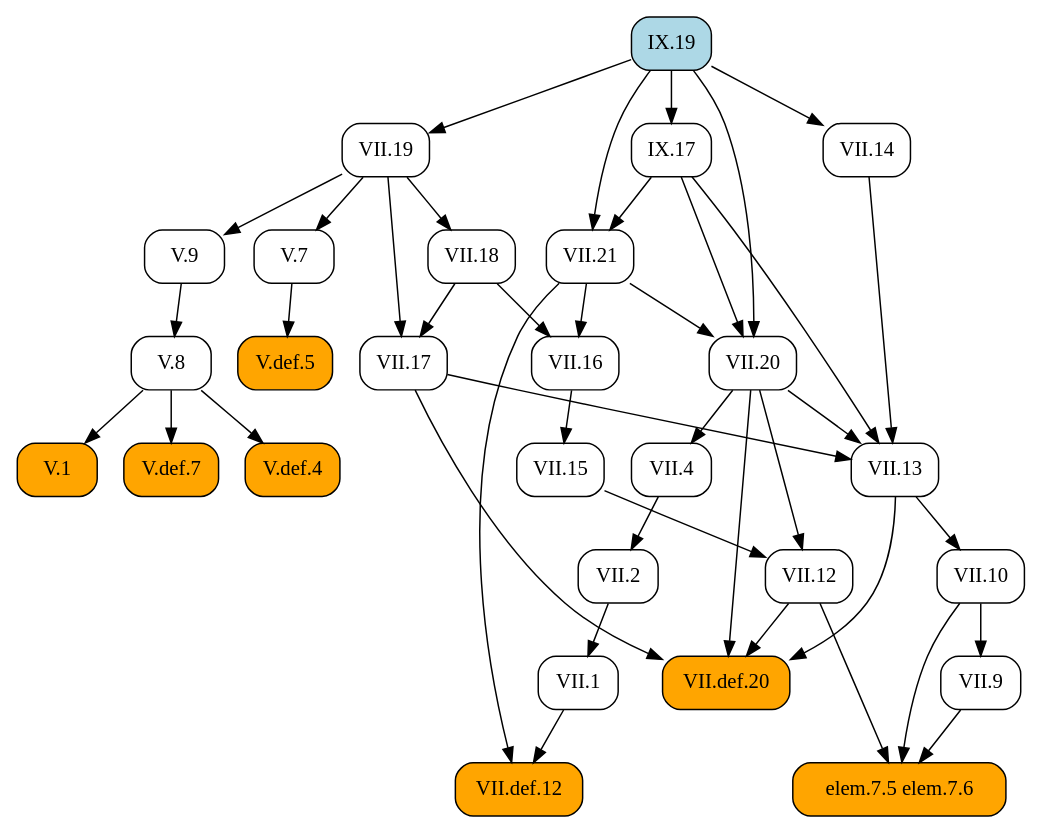
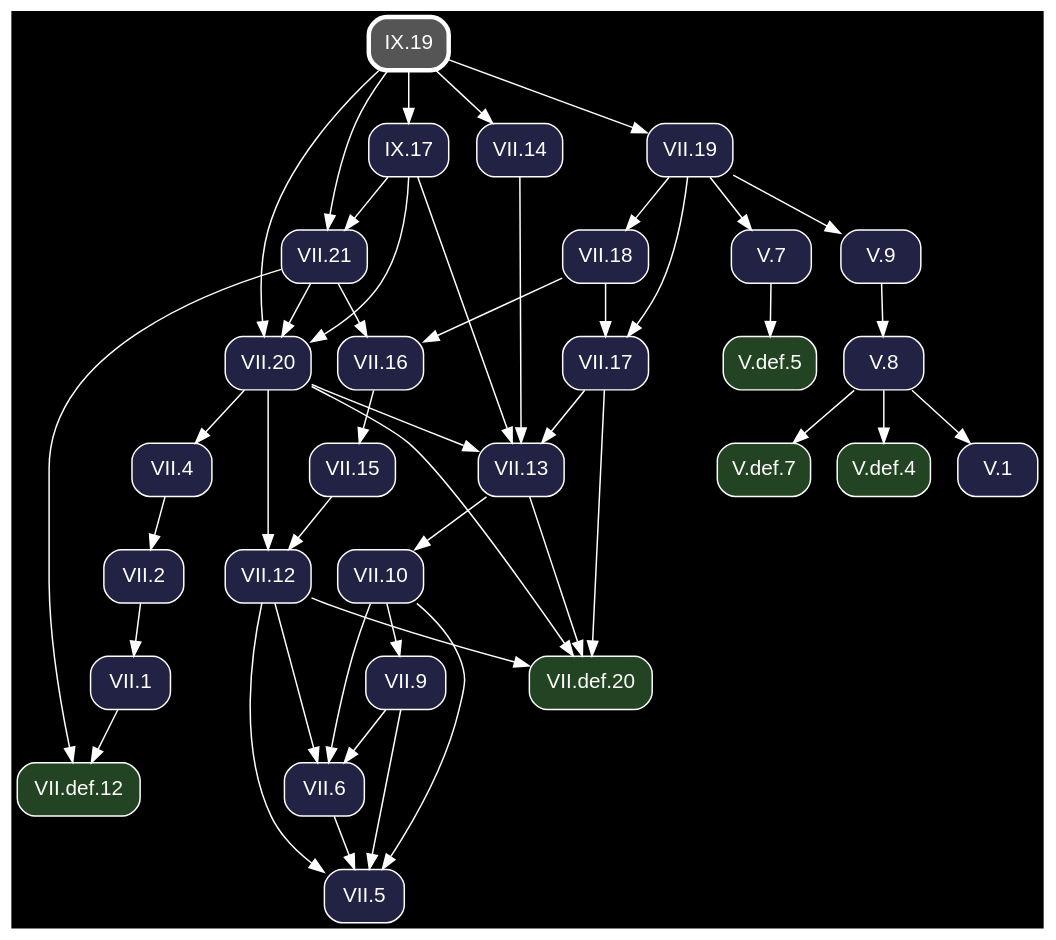
Before and after one commit to geometor/elements: the diagram in docsrc/heath/IX/19/index.rst, drawn with Graphviz. The commit also changed other lines of this file and 1200 other files, not shown here.

Commit message:
update dependency graphs

```diff
--- a/docsrc/heath/IX/19/index.rst
+++ b/docsrc/heath/IX/19/index.rst
@@ -78,74 +78,81 @@
 .. graphviz::
 
    digraph {
+     bgcolor="black";
+     node [shape=box, style="rounded,filled", fontname="Helvetica", color="white", fontcolor="white"];
+     edge [color="white", fontcolor="white"];
      rankdir="TB";
-     node [shape=box, style=rounded];
-     "VII.12" [URL="/heath/VII/12/", target="_top"];
-     "elem.7.5 elem.7.6" [style="rounded,filled", fillcolor=orange];
-     "V.def.7" [style="rounded,filled", fillcolor=orange, URL="/heath/V/def.7/", target="_top"];
-     "VII.9" [URL="/heath/VII/9/", target="_top"];
-     "VII.14" [URL="/heath/VII/14/", target="_top"];
-     "VII.18" [URL="/heath/VII/18/", target="_top"];
-     "VII.16" [URL="/heath/VII/16/", target="_top"];
-     "V.7" [URL="/heath/V/7/", target="_top"];
-     "VII.21" [URL="/heath/VII/21/", target="_top"];
-     "V.def.5" [style="rounded,filled", fillcolor=orange, URL="/heath/V/def.5/", target="_top"];
-     "V.def.4" [style="rounded,filled", fillcolor=orange, URL="/heath/V/def.4/", target="_top"];
-     "V.9" [URL="/heath/V/9/", target="_top"];
-     "VII.1" [URL="/heath/VII/1/", target="_top"];
-     "VII.10" [URL="/heath/VII/10/", target="_top"];
-     "V.8" [URL="/heath/V/8/", target="_top"];
-     "VII.13" [URL="/heath/VII/13/", target="_top"];
-     "VII.4" [URL="/heath/VII/4/", target="_top"];
-     "VII.def.12" [style="rounded,filled", fillcolor=orange, URL="/heath/VII/def.12/", target="_top"];
-     "VII.20" [URL="/heath/VII/20/", target="_top"];
-     "V.1" [style="rounded,filled", fillcolor=orange, URL="/heath/V/1/", target="_top"];
-     "IX.19" [style="rounded,filled", fillcolor=lightblue, URL="/heath/IX/19/", target="_top"];
-     "IX.17" [URL="/heath/IX/17/", target="_top"];
-     "VII.17" [URL="/heath/VII/17/", target="_top"];
-     "VII.19" [URL="/heath/VII/19/", target="_top"];
-     "VII.2" [URL="/heath/VII/2/", target="_top"];
-     "VII.def.20" [style="rounded,filled", fillcolor=orange, URL="/heath/VII/def.20/", target="_top"];
-     "VII.15" [URL="/heath/VII/15/", target="_top"];
-     "VII.15" -> "VII.12";
-     "VII.20" -> "VII.12";
-     "VII.9" -> "elem.7.5 elem.7.6";
-     "VII.10" -> "elem.7.5 elem.7.6";
-     "VII.12" -> "elem.7.5 elem.7.6";
+     "V.def.5" [fillcolor="#224422", URL="/heath/V/def.5/", target="_top"];
+     "V.def.7" [fillcolor="#224422", URL="/heath/V/def.7/", target="_top"];
+     "VII.20" [fillcolor="#222244", URL="/heath/VII/20/", target="_top"];
+     "VII.18" [fillcolor="#222244", URL="/heath/VII/18/", target="_top"];
+     "VII.2" [fillcolor="#222244", URL="/heath/VII/2/", target="_top"];
+     "V.def.4" [fillcolor="#224422", URL="/heath/V/def.4/", target="_top"];
+     "IX.19" [penwidth=3, color="white", fillcolor="#555555", URL="/heath/IX/19/", target="_top"];
+     "IX.17" [fillcolor="#222244", URL="/heath/IX/17/", target="_top"];
+     "VII.5" [fillcolor="#222244", URL="/heath/VII/5/", target="_top"];
+     "VII.def.20" [fillcolor="#224422", URL="/heath/VII/def.20/", target="_top"];
+     "VII.1" [fillcolor="#222244", URL="/heath/VII/1/", target="_top"];
+     "VII.6" [fillcolor="#222244", URL="/heath/VII/6/", target="_top"];
+     "VII.16" [fillcolor="#222244", URL="/heath/VII/16/", target="_top"];
+     "VII.15" [fillcolor="#222244", URL="/heath/VII/15/", target="_top"];
+     "VII.13" [fillcolor="#222244", URL="/heath/VII/13/", target="_top"];
+     "V.1" [fillcolor="#222244", URL="/heath/V/1/", target="_top"];
+     "VII.10" [fillcolor="#222244", URL="/heath/VII/10/", target="_top"];
+     "VII.4" [fillcolor="#222244", URL="/heath/VII/4/", target="_top"];
+     "VII.def.12" [fillcolor="#224422", URL="/heath/VII/def.12/", target="_top"];
+     "VII.19" [fillcolor="#222244", URL="/heath/VII/19/", target="_top"];
+     "V.8" [fillcolor="#222244", URL="/heath/V/8/", target="_top"];
+     "VII.21" [fillcolor="#222244", URL="/heath/VII/21/", target="_top"];
+     "VII.9" [fillcolor="#222244", URL="/heath/VII/9/", target="_top"];
+     "V.7" [fillcolor="#222244", URL="/heath/V/7/", target="_top"];
+     "VII.12" [fillcolor="#222244", URL="/heath/VII/12/", target="_top"];
+     "V.9" [fillcolor="#222244", URL="/heath/V/9/", target="_top"];
+     "VII.17" [fillcolor="#222244", URL="/heath/VII/17/", target="_top"];
+     "VII.14" [fillcolor="#222244", URL="/heath/VII/14/", target="_top"];
+     "V.7" -> "V.def.5";
      "V.8" -> "V.def.7";
-     "VII.10" -> "VII.9";
-     "IX.19" -> "VII.14";
+     "VII.21" -> "VII.20";
+     "IX.17" -> "VII.20";
+     "IX.19" -> "VII.20";
      "VII.19" -> "VII.18";
+     "VII.4" -> "VII.2";
+     "V.8" -> "V.def.4";
+     "IX.19" -> "IX.17";
+     "VII.6" -> "VII.5";
+     "VII.9" -> "VII.5";
+     "VII.10" -> "VII.5";
+     "VII.12" -> "VII.5";
+     "VII.12" -> "VII.def.20";
+     "VII.13" -> "VII.def.20";
+     "VII.17" -> "VII.def.20";
+     "VII.20" -> "VII.def.20";
+     "VII.2" -> "VII.1";
+     "VII.9" -> "VII.6";
+     "VII.10" -> "VII.6";
+     "VII.12" -> "VII.6";
      "VII.18" -> "VII.16";
      "VII.21" -> "VII.16";
-     "VII.19" -> "V.7";
-     "IX.17" -> "VII.21";
-     "IX.19" -> "VII.21";
-     "V.7" -> "V.def.5";
-     "V.8" -> "V.def.4";
-     "VII.19" -> "V.9";
-     "VII.2" -> "VII.1";
-     "VII.13" -> "VII.10";
-     "V.9" -> "V.8";
+     "VII.16" -> "VII.15";
      "VII.14" -> "VII.13";
      "VII.17" -> "VII.13";
      "VII.20" -> "VII.13";
      "IX.17" -> "VII.13";
+     "V.8" -> "V.1";
+     "VII.13" -> "VII.10";
      "VII.20" -> "VII.4";
      "VII.1" -> "VII.def.12";
      "VII.21" -> "VII.def.12";
-     "VII.21" -> "VII.20";
-     "IX.17" -> "VII.20";
-     "IX.19" -> "VII.20";
-     "V.8" -> "V.1";
-     "IX.19" -> "IX.17";
+     "IX.19" -> "VII.19";
+     "V.9" -> "V.8";
+     "IX.17" -> "VII.21";
+     "IX.19" -> "VII.21";
+     "VII.10" -> "VII.9";
+     "VII.19" -> "V.7";
+     "VII.15" -> "VII.12";
+     "VII.20" -> "VII.12";
+     "VII.19" -> "V.9";
      "VII.18" -> "VII.17";
      "VII.19" -> "VII.17";
-     "IX.19" -> "VII.19";
-     "VII.4" -> "VII.2";
-     "VII.12" -> "VII.def.20";
-     "VII.13" -> "VII.def.20";
-     "VII.17" -> "VII.def.20";
-     "VII.20" -> "VII.def.20";
-     "VII.16" -> "VII.15";
+     "IX.19" -> "VII.14";
    }
```
